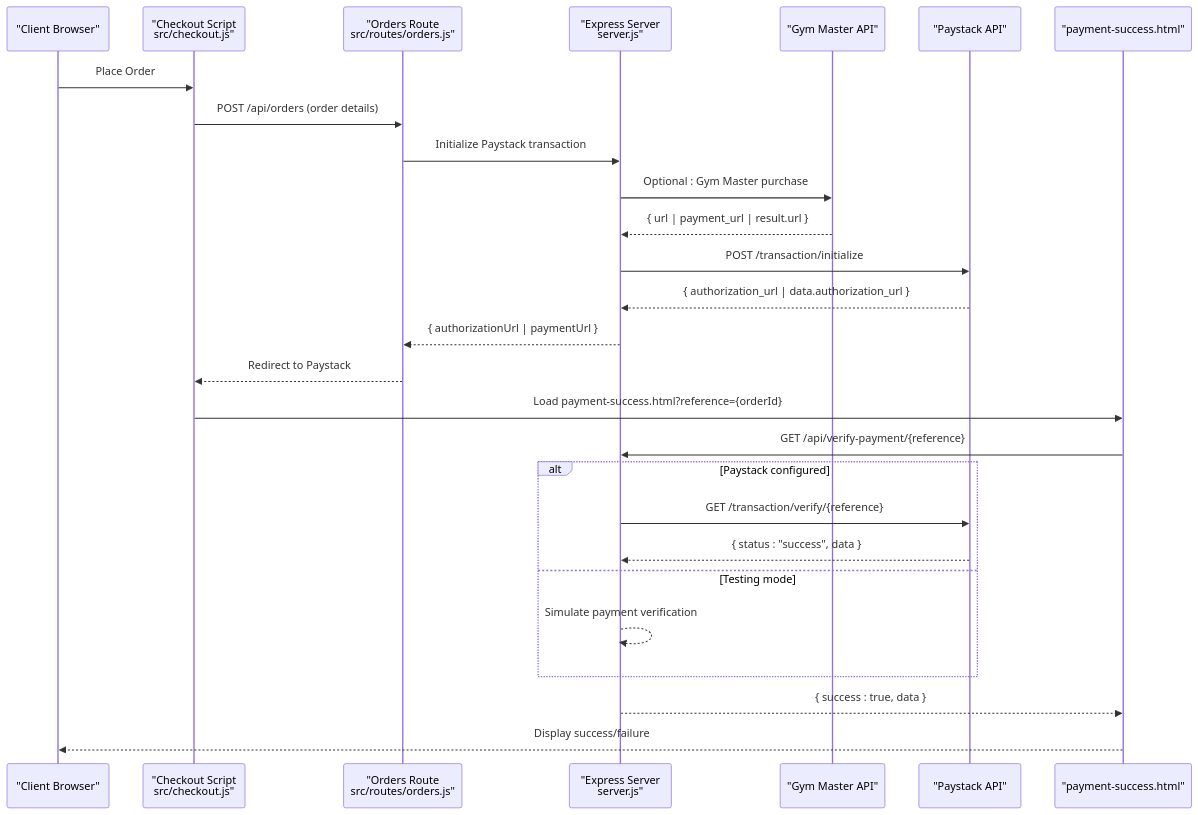
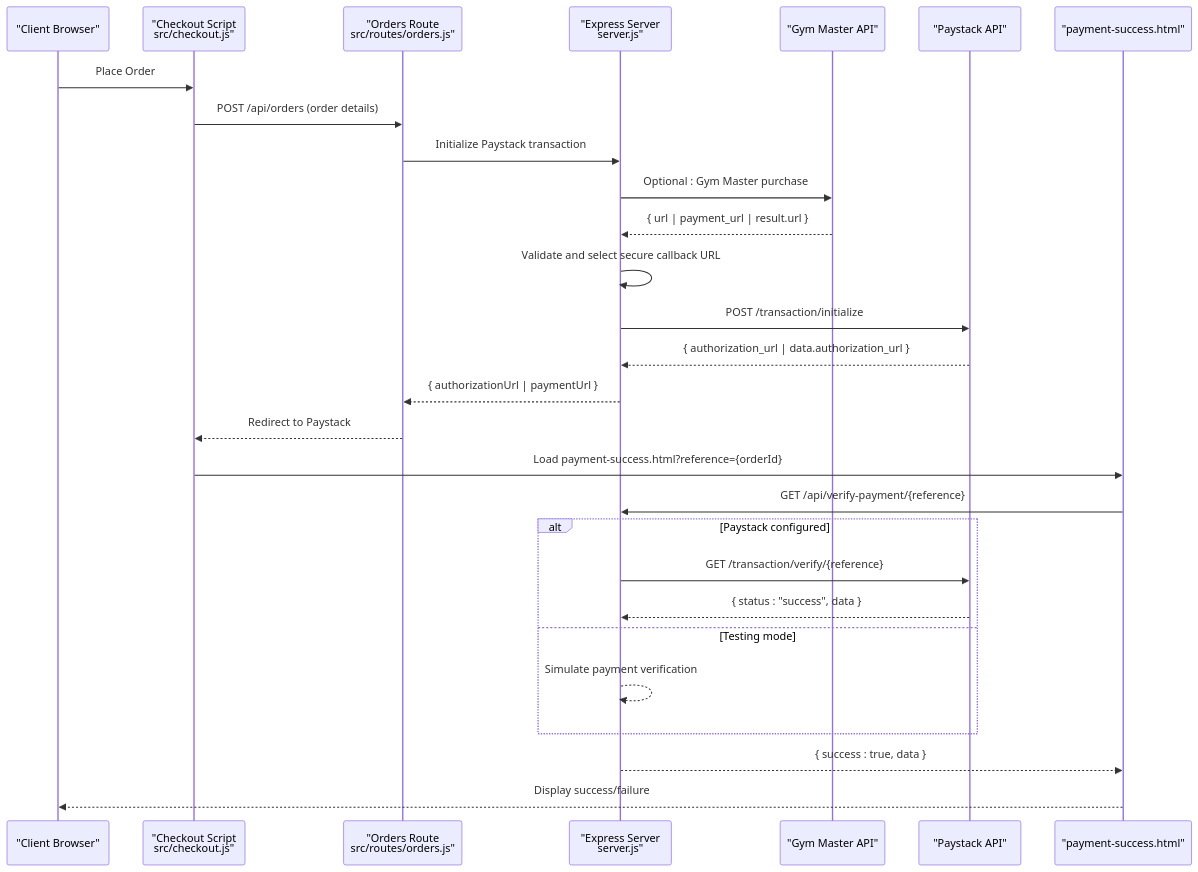
The second of 6 diagrams in .qoder/repowiki/en/content/External Integrations/Paystack Payment Processing.md (SirD33k/activezone), drawn with Mermaid before and after one commit. The commit also changed other lines of this file and 1 other file, not shown here.

````diff
--- a/.qoder/repowiki/en/content/External Integrations/Paystack Payment Processing.md
+++ b/.qoder/repowiki/en/content/External Integrations/Paystack Payment Processing.md
@@ -132,29 +140,30 @@
 ```mermaid
 sequenceDiagram
 participant Client as "Client Browser"
 participant Checkout as "Checkout Script<br/>src/checkout.js"
 participant OrdersRoute as "Orders Route<br/>src/routes/orders.js"
 participant Server as "Express Server<br/>server.js"
 participant GymMaster as "Gym Master API"
 participant Paystack as "Paystack API"
 participant SuccessPage as "payment-success.html"
 Client->>Checkout : Place Order
 Checkout->>OrdersRoute : POST /api/orders (order details)
 OrdersRoute->>Server : Initialize Paystack transaction
 Server->>GymMaster : Optional : Gym Master purchase
 GymMaster-->>Server : { url | payment_url | result.url }
+Server->>Server : Validate and select secure callback URL
 Server->>Paystack : POST /transaction/initialize
 Paystack-->>Server : { authorization_url | data.authorization_url }
 Server-->>OrdersRoute : { authorizationUrl | paymentUrl }
 OrdersRoute-->>Checkout : Redirect to Paystack
 Checkout->>SuccessPage : Load payment-success.html?reference={orderId}
 SuccessPage->>Server : GET /api/verify-payment/{reference}
 alt Paystack configured
 Server->>Paystack : GET /transaction/verify/{reference}
 Paystack-->>Server : { status : "success", data }
 else Testing mode
 Server-->>Server : Simulate payment verification
 end
 Server-->>SuccessPage : { success : true, data }
 SuccessPage-->>Client : Display success/failure
 ```
````
